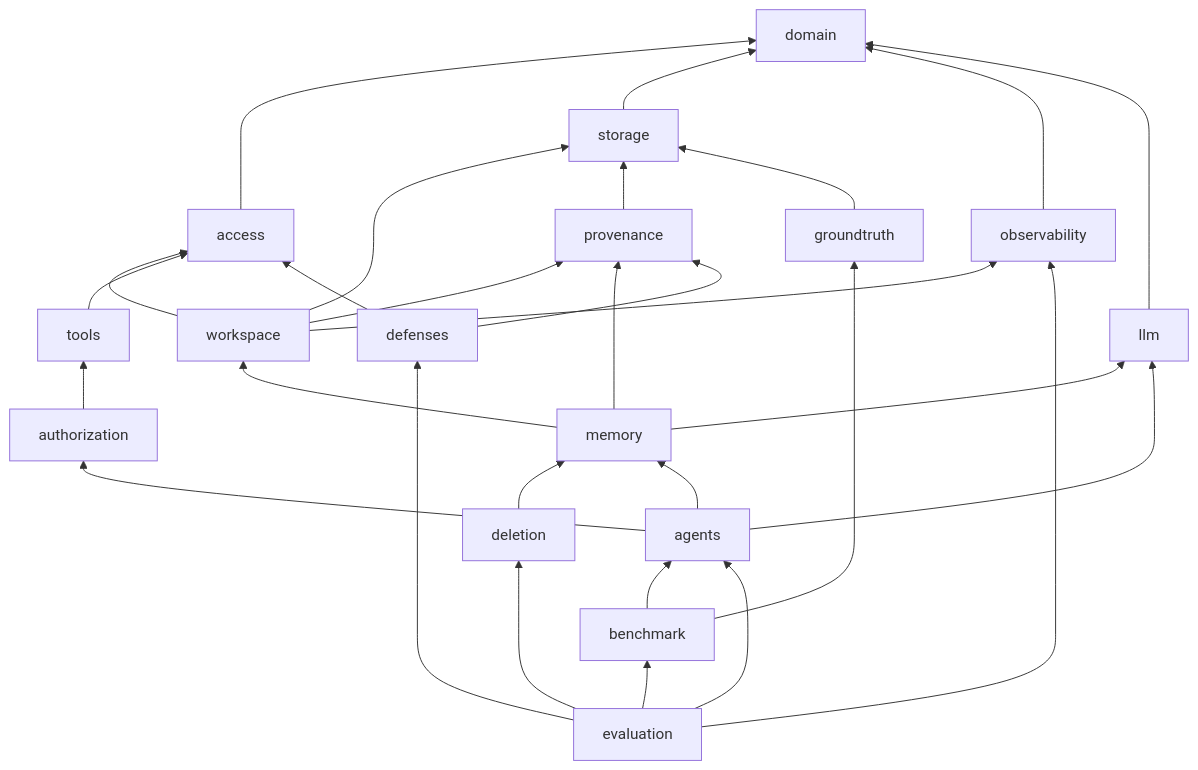
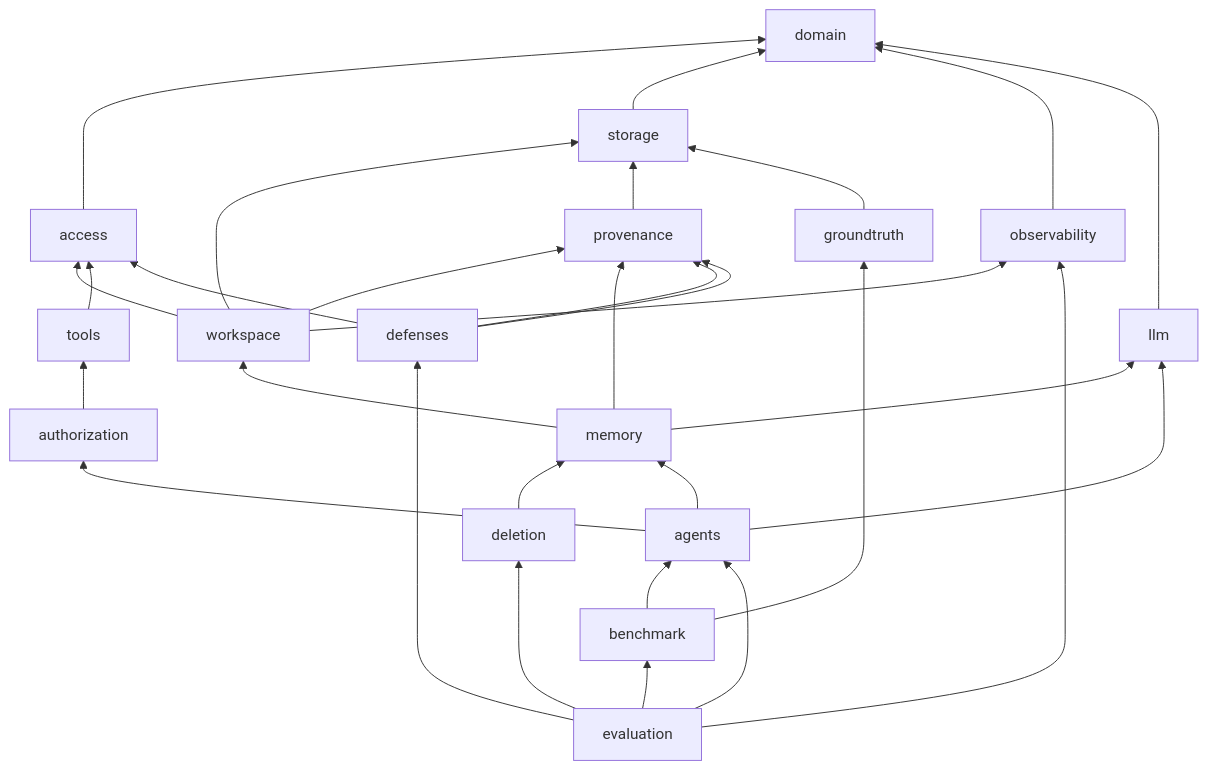
One commit to Yug-More/memoryfence changed the fourth of 10 diagrams in docs/architecture/overview.md. Above: the diagram before and after it, drawn with Mermaid. The commit also changed other lines of this file and 4 other files, not shown here.

````diff
--- a/docs/architecture/overview.md
+++ b/docs/architecture/overview.md
@@ -182,32 +184,33 @@
 ```mermaid
 flowchart BT
     domain["domain"]
     access["access"] --> domain
     storage["storage"] --> domain
     observability["observability"] --> domain
     llm["llm"] --> domain
     workspace["workspace"] --> access
     workspace --> storage
     workspace --> observability
     workspace --> provenance
     provenance["provenance"] --> storage
     groundtruth["groundtruth"] --> storage
     memory["memory"] --> workspace
     memory --> provenance
     memory --> llm
     deletion["deletion"] --> memory
     tools["tools"] --> access
     authorization["authorization"] --> tools
     agents["agents"] --> memory
     agents --> llm
     agents --> authorization
+    defenses["defenses"] --> provenance
     benchmark["benchmark"] --> groundtruth
     benchmark --> agents
     defenses["defenses"] --> access
     defenses --> provenance
     evaluation["evaluation"] --> agents
     evaluation --> deletion
     evaluation --> benchmark
     evaluation --> defenses
     evaluation --> observability
 ```
````
